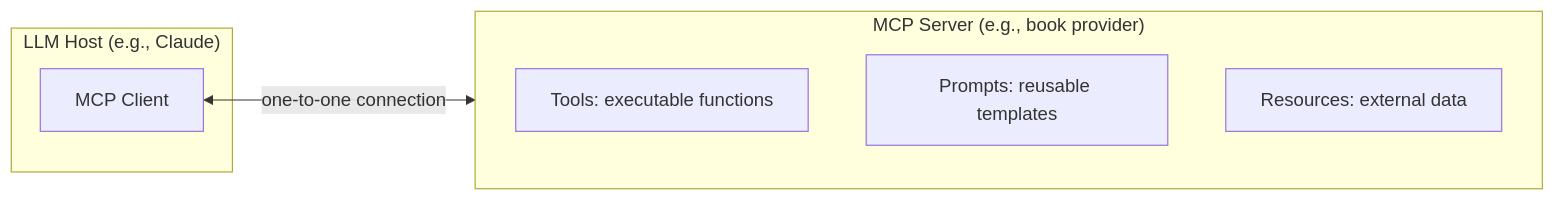
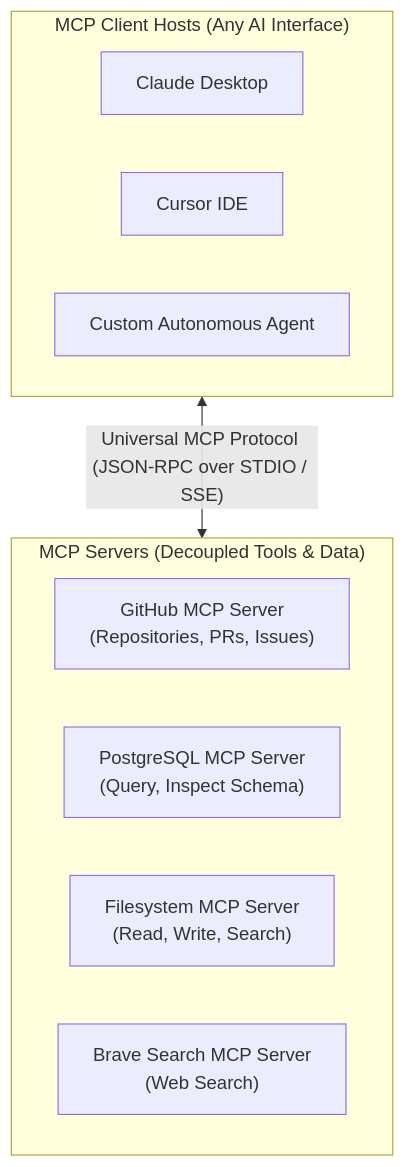
Before and after one commit to 1345AbhishekKumar/cs-cookbook: the fourth of 6 diagrams in content/docs/ai-agents/agentic-ai/07-agentic-llms-rag-tools-mcp.mdx, drawn with Mermaid. The commit also changed other lines of this file and 299 other files, not shown here.

````diff
--- a/content/docs/ai-agents/agentic-ai/07-agentic-llms-rag-tools-mcp.mdx
+++ b/content/docs/ai-agents/agentic-ai/07-agentic-llms-rag-tools-mcp.mdx
@@ -155,12 +161,17 @@
 ```mermaid
-flowchart LR
-    subgraph Host["LLM Host (e.g., Claude)"]
-        Client1["MCP Client"]
+flowchart TD
+    subgraph Host["MCP Client Hosts (Any AI Interface)"]
+        H1["Claude Desktop"]
+        H2["Cursor IDE"]
+        H3["Custom Autonomous Agent"]
     end
-    subgraph Server["MCP Server (e.g., book provider)"]
-        Tools["Tools: executable functions"]
-        Prompts["Prompts: reusable templates"]
-        Resources["Resources: external data"]
+
+    Host <-->|"Universal MCP Protocol (JSON-RPC over STDIO / SSE)"| Servers
+
+    subgraph Servers["MCP Servers (Decoupled Tools & Data)"]
+        S1["GitHub MCP Server<br/>(Repositories, PRs, Issues)"]
+        S2["PostgreSQL MCP Server<br/>(Query, Inspect Schema)"]
+        S3["Filesystem MCP Server<br/>(Read, Write, Search)"]
+        S4["Brave Search MCP Server<br/>(Web Search)"]
     end
-    Client1 <-->|one-to-one connection| Server
 ```
````
